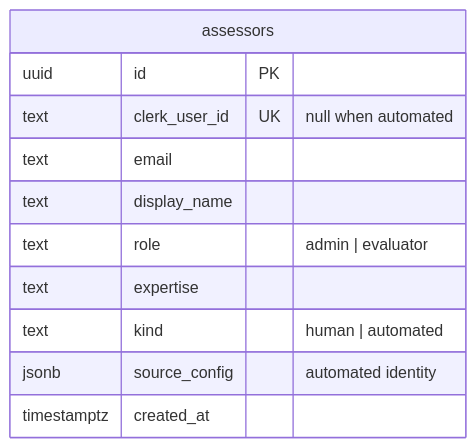
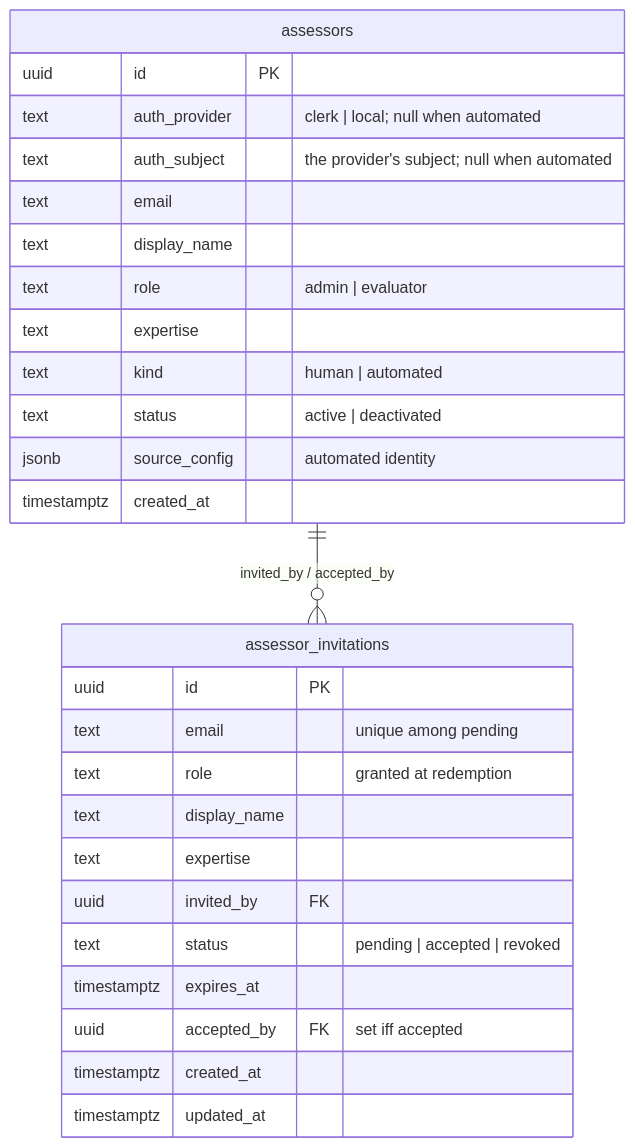
The second of 10 diagrams in docs/DATA_MODEL.md (learnpack/learnpack-evals-v2), drawn with Mermaid before and after one commit. The commit also changed other lines of this file and 17 other files, not shown here.

First line of the commit message:
refactor: a credential does not name its provider

````diff
--- a/docs/DATA_MODEL.md
+++ b/docs/DATA_MODEL.md
@@ -48,14 +48,30 @@
 ```mermaid
 erDiagram
+    assessors ||--o{ assessor_invitations : "invited_by / accepted_by"
     assessors {
         uuid id PK
-        text clerk_user_id UK "null when automated"
+        text auth_provider "clerk | local; null when automated"
+        text auth_subject "the provider's subject; null when automated"
         text email
         text display_name
         text role "admin | evaluator"
         text expertise
         text kind "human | automated"
+        text status "active | deactivated"
         jsonb source_config "automated identity"
         timestamptz created_at
     }
+    assessor_invitations {
+        uuid id PK
+        text email "unique among pending"
+        text role "granted at redemption"
+        text display_name
+        text expertise
+        uuid invited_by FK
+        text status "pending | accepted | revoked"
+        timestamptz expires_at
+        uuid accepted_by FK "set iff accepted"
+        timestamptz created_at
+        timestamptz updated_at
+    }
 ```
````
